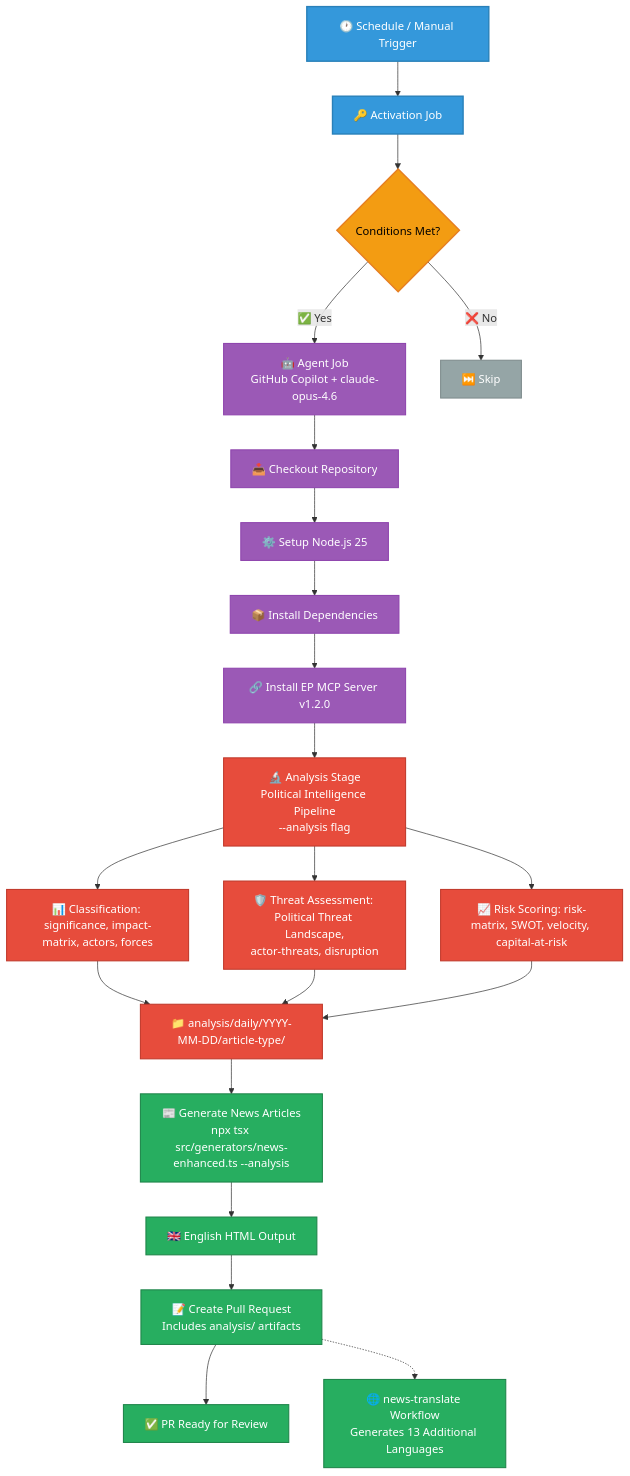
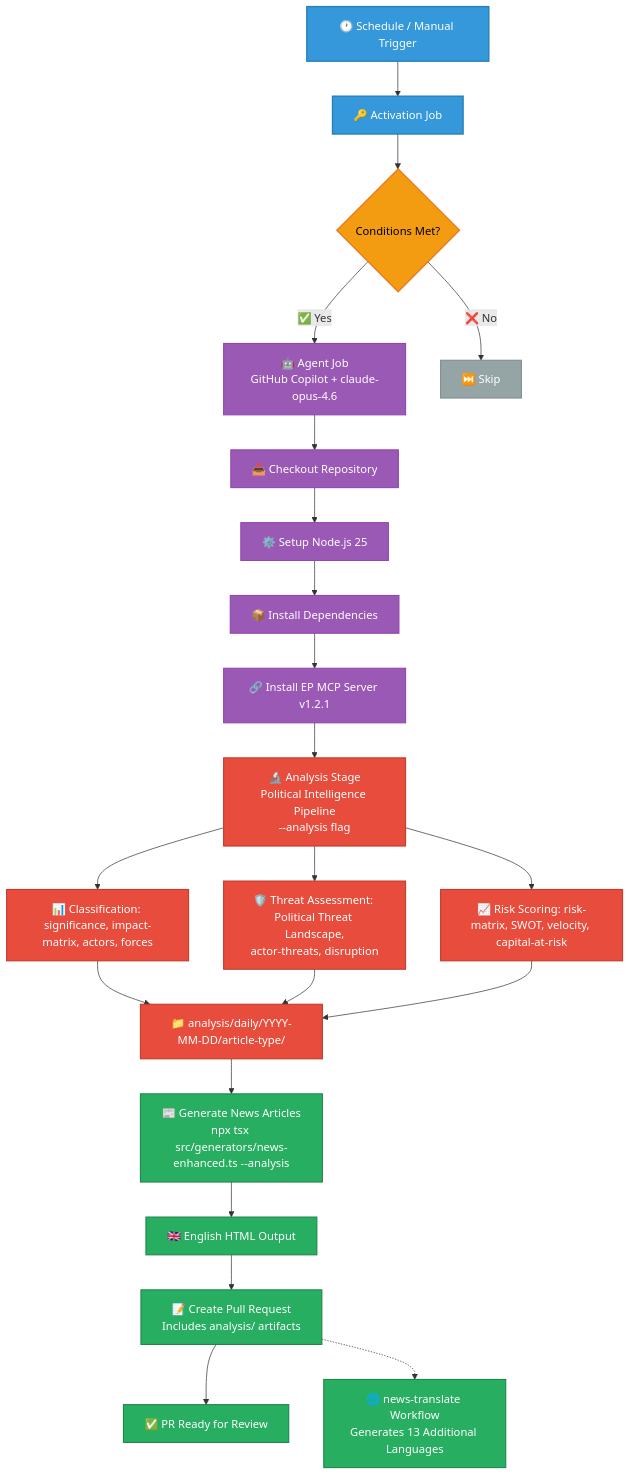
The third of 21 diagrams in WORKFLOWS.md (Hack23/euparliamentmonitor), drawn with Mermaid before and after one commit. The commit also changed other lines of this file and 30 other files, not shown here.

First line of the commit message:
chore: bump MCP server version references to 1.2.1

````diff
--- a/WORKFLOWS.md
+++ b/WORKFLOWS.md
@@ -246,37 +246,37 @@
 ```mermaid
 graph TD
     A[🕐 Schedule / Manual Trigger] --> B[🔑 Activation Job]
     B --> C{Conditions Met?}
     C -->|✅ Yes| D[🤖 Agent Job<br/>GitHub Copilot + claude-opus-4.6]
     C -->|❌ No| E[⏭️ Skip]
     D --> F[📥 Checkout Repository]
     F --> G[⚙️ Setup Node.js 25]
     G --> H[📦 Install Dependencies]
-    H --> I[🔗 Install EP MCP Server v1.2.0]
+    H --> I[🔗 Install EP MCP Server v1.2.1]
     I --> J1[🔬 Analysis Stage<br/>Political Intelligence Pipeline<br/>--analysis flag]
     J1 --> J1a[📊 Classification: significance, impact-matrix, actors, forces]
     J1 --> J1b[🛡️ Threat Assessment: Political Threat Landscape,<br/>actor-threats, disruption]
     J1 --> J1c[📈 Risk Scoring: risk-matrix, SWOT, velocity, capital-at-risk]
     J1a --> J1d["📁 analysis/daily/YYYY-MM-DD/article-type/"]
     J1b --> J1d
     J1c --> J1d
     J1d --> J[📰 Generate News Articles<br/>npx tsx src/generators/news-enhanced.ts --analysis]
     J --> K[🇬🇧 English HTML Output]
     K --> L[📝 Create Pull Request<br/>Includes analysis/ artifacts]
     L --> M[✅ PR Ready for Review]
     L -.-> N[🌐 news-translate Workflow<br/>Generates 13 Additional Languages]
 
     classDef trigger fill:#3498db,stroke:#2980b9,stroke-width:2px,color:white
     classDef process fill:#9b59b6,stroke:#8e44ad,stroke-width:1.5px,color:white
     classDef decision fill:#f39c12,stroke:#e67e22,stroke-width:2px,color:black
     classDef skip fill:#95a5a6,stroke:#7f8c8d,stroke-width:1.5px,color:white
     classDef analysis fill:#e74c3c,stroke:#c0392b,stroke-width:1.5px,color:white
     classDef output fill:#27ae60,stroke:#1e8449,stroke-width:1.5px,color:white
 
     class A,B trigger
     class D,F,G,H,I process
     class C decision
     class E skip
     class J1,J1a,J1b,J1c,J1d analysis
     class J,K,L,M,N output
 ```
````
